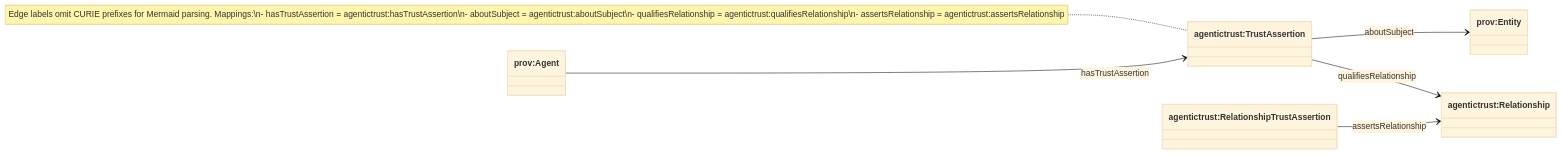
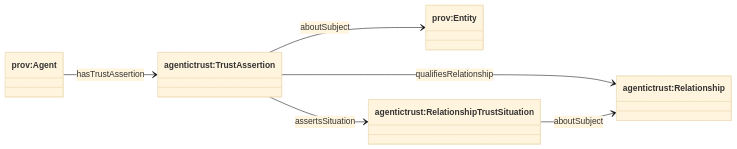
One commit to Agentic-Trust-Layer/agent-explorer changed the sixth of 7 diagrams in docs/ontology/situation.md. Above: the diagram before and after it, drawn with Mermaid (base theme). The commit also changed other lines of this file and 16 other files, not shown here.

Commit message:
update with trust situation and trust assertion

````diff
--- a/docs/ontology/situation.md
+++ b/docs/ontology/situation.md
@@ -244,19 +246,18 @@
 ```mermaid
 classDiagram
 direction LR
 
 class provAgent["prov:Agent"]
 class provEntity["prov:Entity"]
 
 class TrustAssertion["agentictrust:TrustAssertion"]
 class Relationship["agentictrust:Relationship"]
-class RelationshipTrustAssertion["agentictrust:RelationshipTrustAssertion"]
+class RelationshipTrustSituation["agentictrust:RelationshipTrustSituation"]
 
 provAgent --> TrustAssertion : hasTrustAssertion
 
 TrustAssertion --> provEntity : aboutSubject
 TrustAssertion --> Relationship : qualifiesRelationship
-RelationshipTrustAssertion --> Relationship : assertsRelationship
-
-note for TrustAssertion "Edge labels omit CURIE prefixes for Mermaid parsing. Mappings:\n- hasTrustAssertion = agentictrust:hasTrustAssertion\n- aboutSubject = agentictrust:aboutSubject\n- qualifiesRelationship = agentictrust:qualifiesRelationship\n- assertsRelationship = agentictrust:assertsRelationship"
+TrustAssertion --> RelationshipTrustSituation : assertsSituation
+RelationshipTrustSituation --> Relationship : aboutSubject
 ```
````
